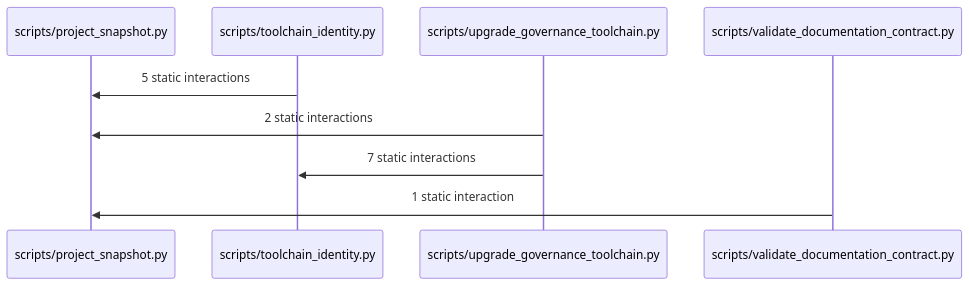
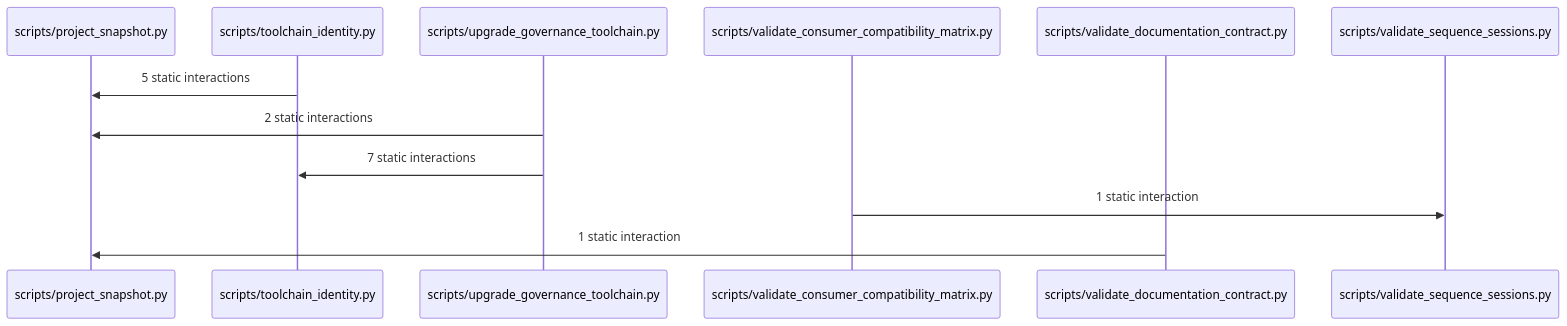
The diagram in docs/sequence/views/SW2-23-GOVERNANCE.md (maxqstudio/Skill_Workflow), drawn with Mermaid before and after one commit. The commit also changed other lines of this file and 15 other files, not shown here.

Commit message:
SW2-23: synchronize helper-free source digest and consumer sequence

````diff
--- a/docs/sequence/views/SW2-23-GOVERNANCE.md
+++ b/docs/sequence/views/SW2-23-GOVERNANCE.md
@@ -27,11 +27,14 @@
 ```mermaid
 sequenceDiagram
     participant module_scripts_project_snapshot_py_0 as scripts/project_snapshot.py
     participant module_scripts_toolchain_identity_py_1 as scripts/toolchain_identity.py
     participant module_scripts_upgrade_governance_toolchain_py_2 as scripts/upgrade_governance_toolchain.py
-    participant module_scripts_validate_documentation_contract_py_3 as scripts/validate_documentation_contract.py
+    participant module_scripts_validate_consumer_compatibility_matrix_py_3 as scripts/validate_consumer_compatibility_matrix.py
+    participant module_scripts_validate_documentation_contract_py_4 as scripts/validate_documentation_contract.py
+    participant module_scripts_validate_sequence_sessions_py_5 as scripts/validate_sequence_sessions.py
     module_scripts_toolchain_identity_py_1->>module_scripts_project_snapshot_py_0: 5 static interactions
     module_scripts_upgrade_governance_toolchain_py_2->>module_scripts_project_snapshot_py_0: 2 static interactions
     module_scripts_upgrade_governance_toolchain_py_2->>module_scripts_toolchain_identity_py_1: 7 static interactions
-    module_scripts_validate_documentation_contract_py_3->>module_scripts_project_snapshot_py_0: 1 static interaction
+    module_scripts_validate_consumer_compatibility_matrix_py_3->>module_scripts_validate_sequence_sessions_py_5: 1 static interaction
+    module_scripts_validate_documentation_contract_py_4->>module_scripts_project_snapshot_py_0: 1 static interaction
 ```
````
